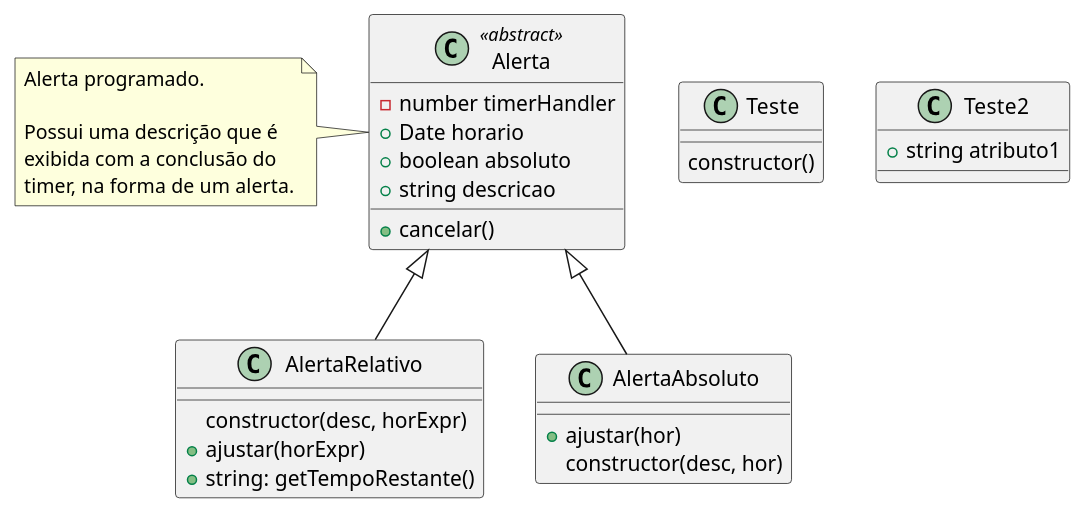
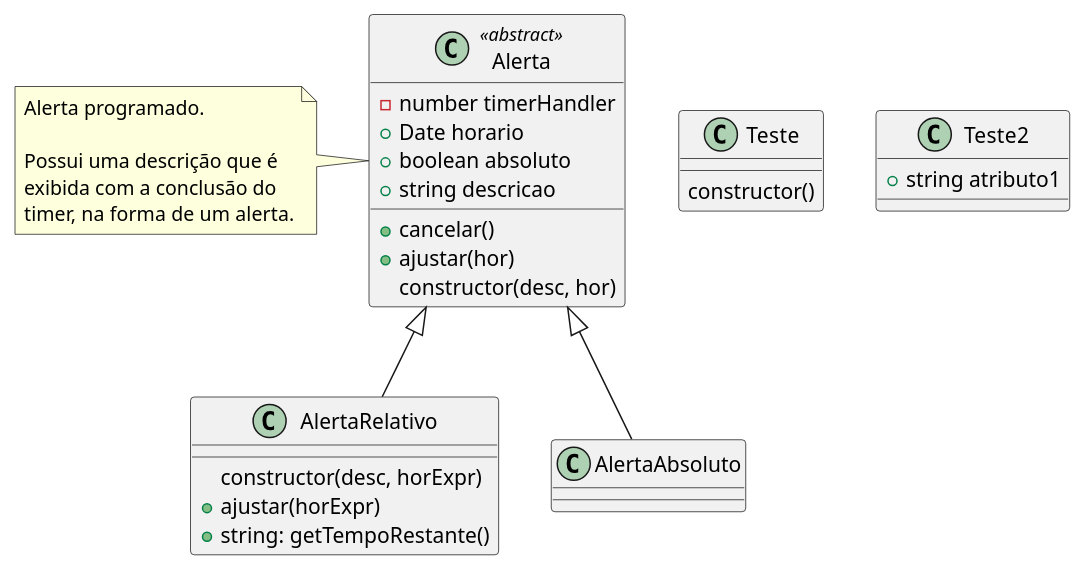
One commit to utfpr-cefwm/plantuml-demo-2022-2 changed the diagram in classes.puml. Above: the diagram before and after it, drawn with PlantUML.

Commit message:
Move conteúdo da AlertaAbsoluto para Alerta

```diff
--- a/classes.puml
+++ b/classes.puml
@@ -1,36 +1,33 @@
 @startuml "Classes"
 
 top to bottom direction
 
 class Teste {
   constructor()
 }
 
 class Alerta <<abstract>> {
   - number timerHandler
   + Date horario
   + boolean absoluto
   + string descricao
   + cancelar()
+  + ajustar(hor)
+  constructor(desc, hor)
 }
 note left of Alerta : Alerta programado.\n\nPossui uma descrição que é\nexibida com a conclusão do\ntimer, na forma de um alerta.
 
 class AlertaRelativo {
   constructor(desc, horExpr)
   + ajustar(horExpr)
   + string: getTempoRestante()
-}
-
-class AlertaAbsoluto {
-  + ajustar(hor)
-  constructor(desc, hor)
 }
 
 class Teste2 {
   + string atributo1
 }
 
 Alerta <|-- AlertaRelativo
 Alerta <|-- AlertaAbsoluto
 
 @enduml
```
